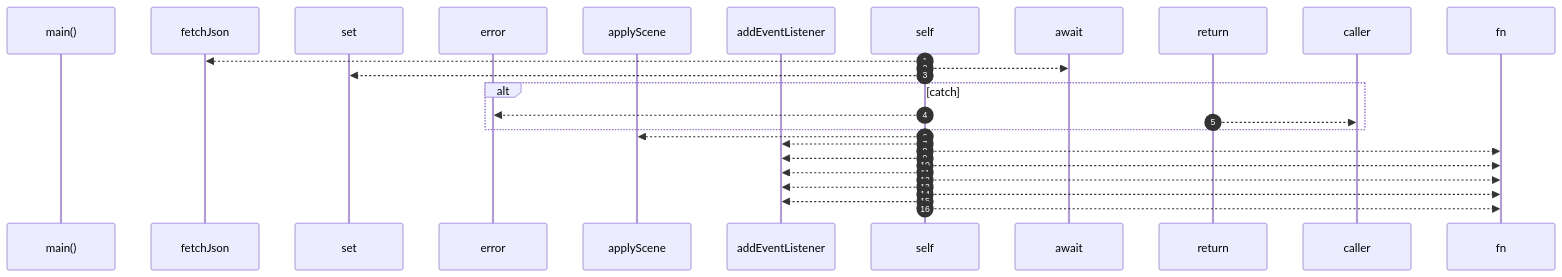
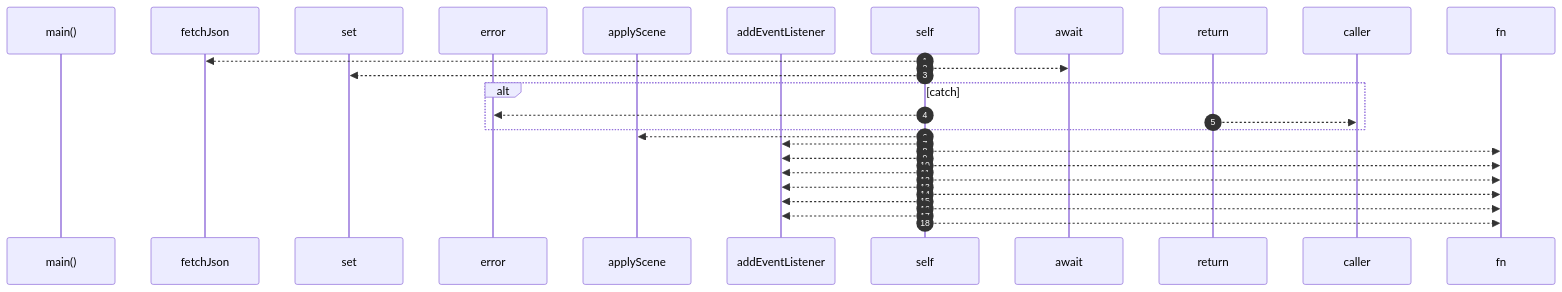
One commit to RyanGuild/self-describing-code changed the diagram in .robby/diagrams/seq-typescript-robby-site-src-viewer-main.mmd. Above: the diagram before and after it, drawn with Mermaid. The commit also changed 145 other files, not shown here.

```diff
--- a/.robby/diagrams/seq-typescript-robby-site-src-viewer-main.mmd
+++ b/.robby/diagrams/seq-typescript-robby-site-src-viewer-main.mmd
@@ -1,26 +1,28 @@
 sequenceDiagram
     autonumber
     participant main as main()
     participant fetchJson as fetchJson
     participant set as set
     participant error as error
     participant applyScene as applyScene
     participant addEventListener as addEventListener
     self-->>fetchJson: 
     self-->>await: 
     self-->>set: 
     alt catch
     self-->>error: 
     return-->>caller: 
     end
     self-->>applyScene: 
     self-->>addEventListener: 
     self-->>fn: 
     self-->>addEventListener: 
     self-->>fn: 
     self-->>addEventListener: 
     self-->>fn: 
     self-->>addEventListener: 
     self-->>fn: 
     self-->>addEventListener: 
     self-->>fn: 
+    self-->>addEventListener: 
+    self-->>fn: 
```
